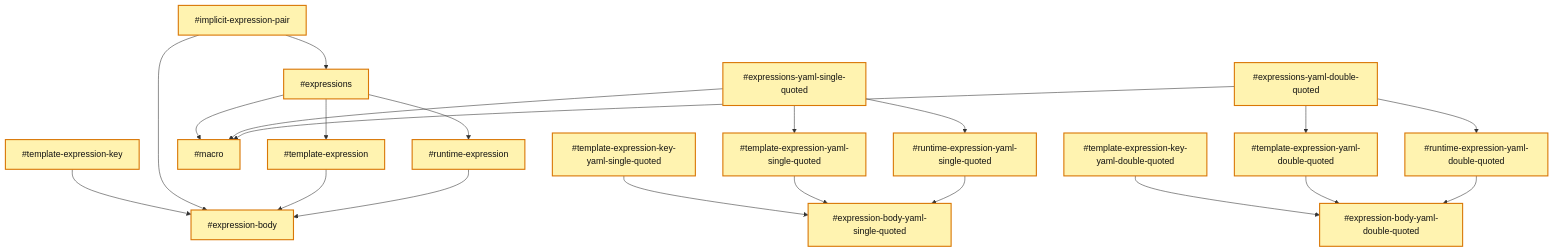
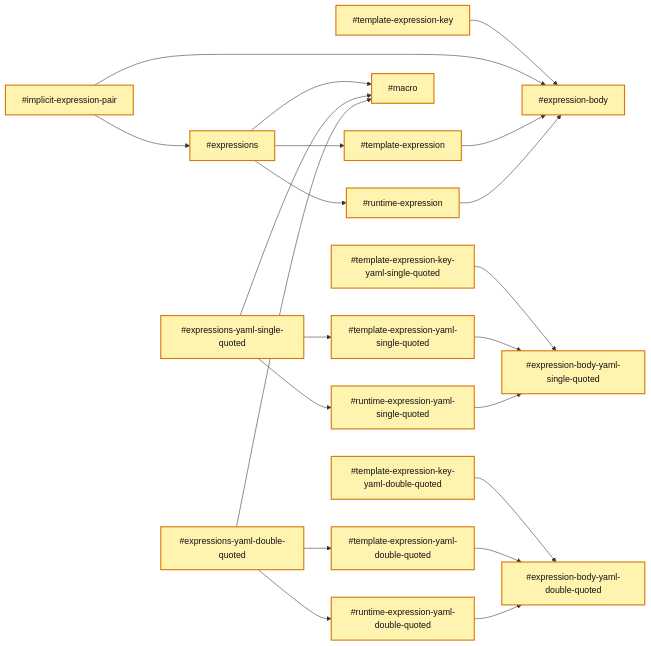
The second of 25 diagrams in syntaxes/yaml.tmLanguage.visualization.md (coolhome/azure-pipelines-vscode), drawn with Mermaid before and after one commit. The commit also changed other lines of this file, not shown here.

Commit message:
Refactor YAML tmLanguage visualization flowcharts for Azure Pipelines expressions to improve clarity and consistency in scope handling.

````diff
--- a/syntaxes/yaml.tmLanguage.visualization.md
+++ b/syntaxes/yaml.tmLanguage.visualization.md
@@ -53,31 +53,31 @@
 ```mermaid
-flowchart TD
+flowchart LR
     EX["#expressions"] --> TE["#template-expression"]
     EX --> RE["#runtime-expression"]
     EX --> M["#macro"]
 
     EXSQ["#expressions-yaml-single-quoted"] --> TESQ["#template-expression-yaml-single-quoted"]
     EXSQ --> RESQ["#runtime-expression-yaml-single-quoted"]
     EXSQ --> M
 
     EXDQ["#expressions-yaml-double-quoted"] --> TEDQ["#template-expression-yaml-double-quoted"]
     EXDQ --> REDQ["#runtime-expression-yaml-double-quoted"]
     EXDQ --> M
 
     TEK["#template-expression-key"] --> EB["#expression-body"]
     TEKSQ["#template-expression-key-yaml-single-quoted"] --> EBSQ["#expression-body-yaml-single-quoted"]
     TEKDQ["#template-expression-key-yaml-double-quoted"] --> EBDQ["#expression-body-yaml-double-quoted"]
 
     IEP["#implicit-expression-pair"] --> EX
     IEP --> EB
 
     TE --> EB
     RE --> EB
     TESQ --> EBSQ
     RESQ --> EBSQ
     TEDQ --> EBDQ
     REDQ --> EBDQ
 
     classDef new fill:#fff3b0,stroke:#d97706,stroke-width:2px,color:#111;
     class EX,EXSQ,EXDQ,TE,RE,M,TESQ,RESQ,TEDQ,REDQ,TEK,TEKSQ,TEKDQ,EB,EBSQ,EBDQ,IEP new;
 ```
````
